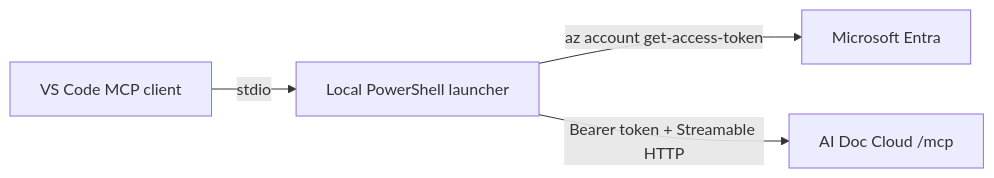
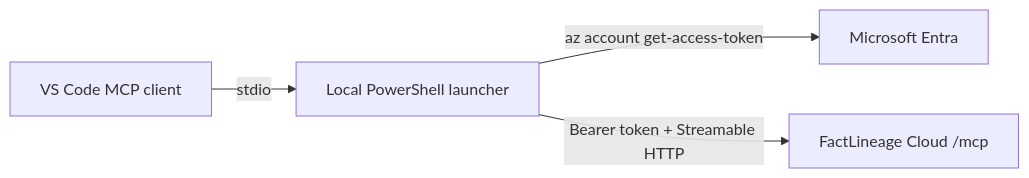
One commit to vwxyzh/FactLineage changed the diagram in cloud/docs/local-vscode-mcp-configuration.md. Above: the diagram before and after it, drawn with Mermaid. The commit also changed other lines of this file and 108 other files, not shown here.

````diff
--- a/cloud/docs/local-vscode-mcp-configuration.md
+++ b/cloud/docs/local-vscode-mcp-configuration.md
@@ -33,6 +33,6 @@
 ```mermaid
 flowchart LR
     C[VS Code MCP client] -->|stdio| L[Local PowerShell launcher]
     L -->|az account get-access-token| E[Microsoft Entra]
-    L -->|Bearer token + Streamable HTTP| M[AI Doc Cloud /mcp]
+    L -->|Bearer token + Streamable HTTP| M[FactLineage Cloud /mcp]
 ```
````
